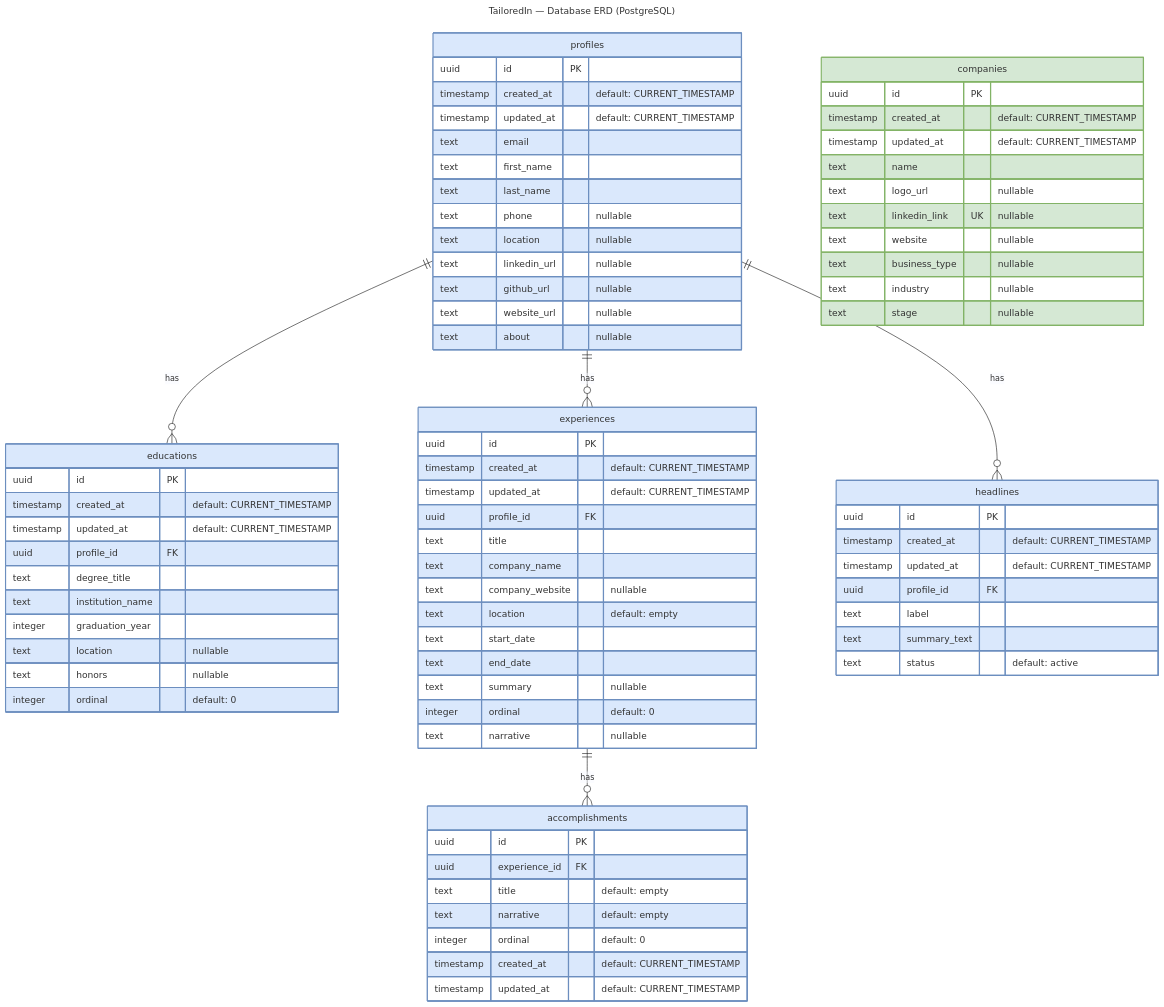
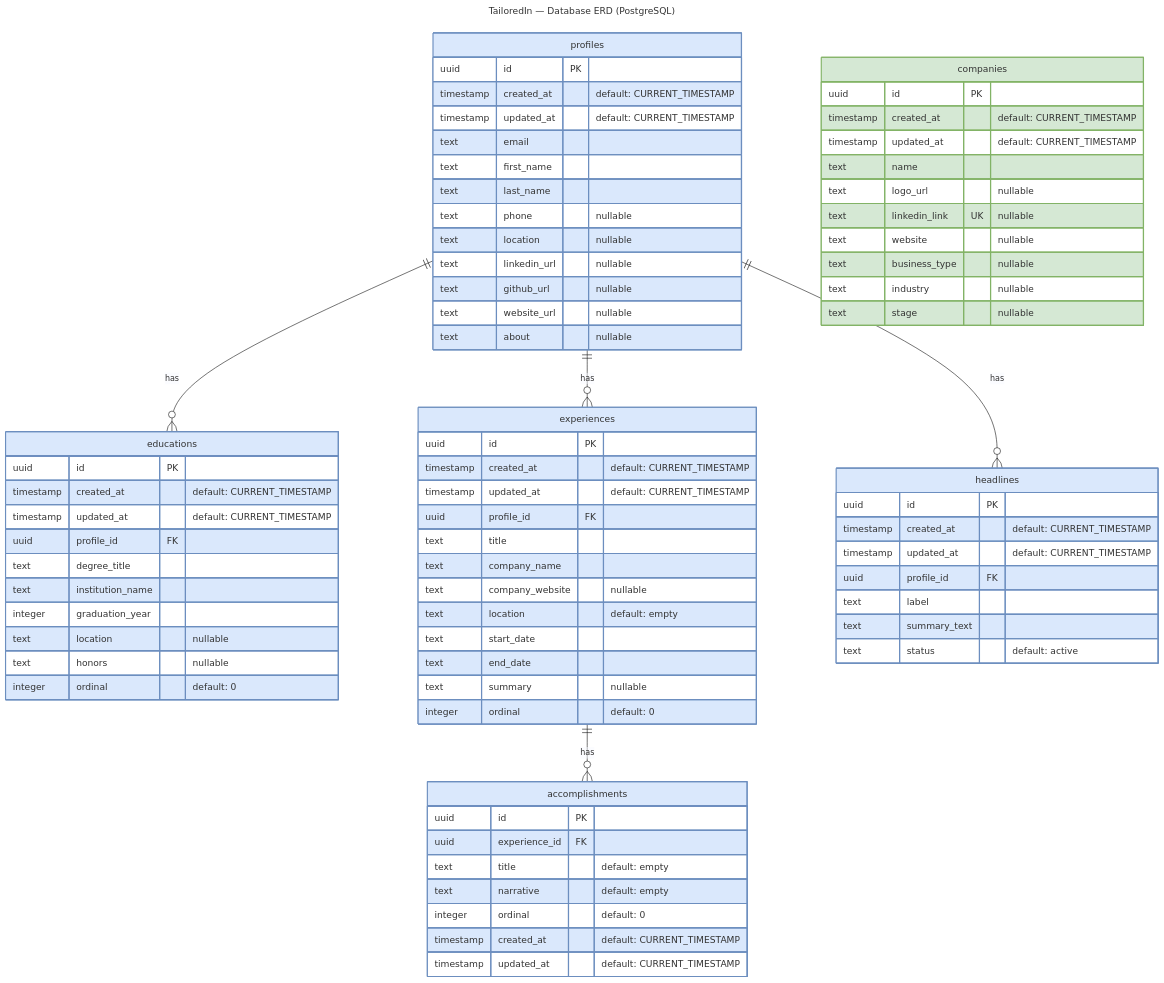
Before and after one commit to bluebird-labs/TailoredIn: the diagram in infrastructure/DATABASE.mmd, drawn with Mermaid (base theme). The commit also changed 13 other files, not shown here.

```diff
--- a/infrastructure/DATABASE.mmd
+++ b/infrastructure/DATABASE.mmd
@@ -1,113 +1,112 @@
 ---
 title: TailoredIn — Database ERD (PostgreSQL)
 ---
 
 erDiagram
 
     %% ──────────────────────────────────────────────
     %%  Group 1
     %% ──────────────────────────────────────────────
 
     accomplishments {
         uuid id PK
         uuid experience_id FK
         text title "default: empty"
         text narrative "default: empty"
         integer ordinal "default: 0"
         timestamp created_at "default: CURRENT_TIMESTAMP"
         timestamp updated_at "default: CURRENT_TIMESTAMP"
     }
 
     educations {
         uuid id PK
         timestamp created_at "default: CURRENT_TIMESTAMP"
         timestamp updated_at "default: CURRENT_TIMESTAMP"
         uuid profile_id FK
         text degree_title
         text institution_name
         integer graduation_year
         text location "nullable"
         text honors "nullable"
         integer ordinal "default: 0"
     }
 
     experiences {
         uuid id PK
         timestamp created_at "default: CURRENT_TIMESTAMP"
         timestamp updated_at "default: CURRENT_TIMESTAMP"
         uuid profile_id FK
         text title
         text company_name
         text company_website "nullable"
         text location "default: empty"
         text start_date
         text end_date
         text summary "nullable"
         integer ordinal "default: 0"
-        text narrative "nullable"
     }
 
     headlines {
         uuid id PK
         timestamp created_at "default: CURRENT_TIMESTAMP"
         timestamp updated_at "default: CURRENT_TIMESTAMP"
         uuid profile_id FK
         text label
         text summary_text
         text status "default: active"
     }
 
     profiles {
         uuid id PK
         timestamp created_at "default: CURRENT_TIMESTAMP"
         timestamp updated_at "default: CURRENT_TIMESTAMP"
         text email
         text first_name
         text last_name
         text phone "nullable"
         text location "nullable"
         text linkedin_url "nullable"
         text github_url "nullable"
         text website_url "nullable"
         text about "nullable"
     }
 
 
     %% ──────────────────────────────────────────────
     %%  Standalone
     %% ──────────────────────────────────────────────
 
     companies {
         uuid id PK
         timestamp created_at "default: CURRENT_TIMESTAMP"
         timestamp updated_at "default: CURRENT_TIMESTAMP"
         text name
         text logo_url "nullable"
         text linkedin_link UK "nullable"
         text website "nullable"
         text business_type "nullable"
         text industry "nullable"
         text stage "nullable"
     }
 
     %% ──────────────────────────────────────────────
     %%  Relationships
     %% ──────────────────────────────────────────────
 
     profiles ||--o{ experiences : "has"
     profiles ||--o{ headlines : "has"
     profiles ||--o{ educations : "has"
     experiences ||--o{ accomplishments : "has"
 
     %% ──────────────────────────────────────────────
     %%  Styles
     %% ──────────────────────────────────────────────
 
     classDef group0 fill:#dae8fc,stroke:#6c8ebf,stroke-width:2px
     class accomplishments group0
     class educations group0
     class experiences group0
     class headlines group0
     class profiles group0
     classDef group1 fill:#d5e8d4,stroke:#82b366,stroke-width:2px
     class companies group1
```
